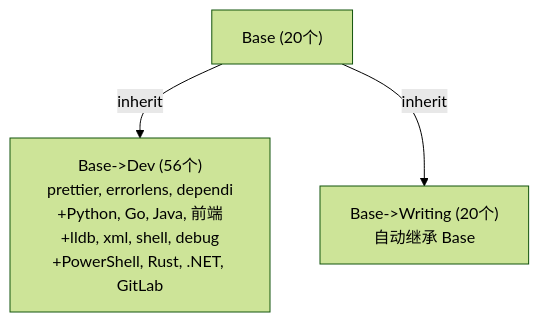
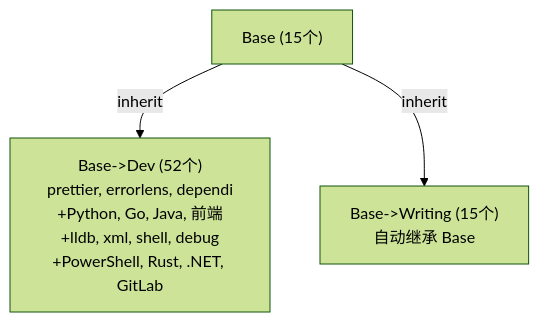
Before and after one commit to alexjthomson/inherit-profile: the diagram in vscode配置文件及其配置明细.md, drawn with Mermaid (forest theme). The commit also changed other lines of this file and 4 other files, not shown here.

````diff
--- a/vscode配置文件及其配置明细.md
+++ b/vscode配置文件及其配置明细.md
@@ -220,9 +220,9 @@
 ```mermaid
 graph TB
-    Base["Base (20个)"]
-    Dev["Base->Dev (56个)<br/>prettier, errorlens, dependi<br/>+Python, Go, Java, 前端<br/>+lldb, xml, shell, debug<br/>+PowerShell, Rust, .NET, GitLab"]
-    Writing["Base->Writing (20个)<br/>自动继承 Base"]
+    Base["Base (15个)"]
+    Dev["Base->Dev (52个)<br/>prettier, errorlens, dependi<br/>+Python, Go, Java, 前端<br/>+lldb, xml, shell, debug<br/>+PowerShell, Rust, .NET, GitLab"]
+    Writing["Base->Writing (15个)<br/>自动继承 Base"]
 
     Base -->|inherit| Dev
     Base -->|inherit| Writing
 ```
````
